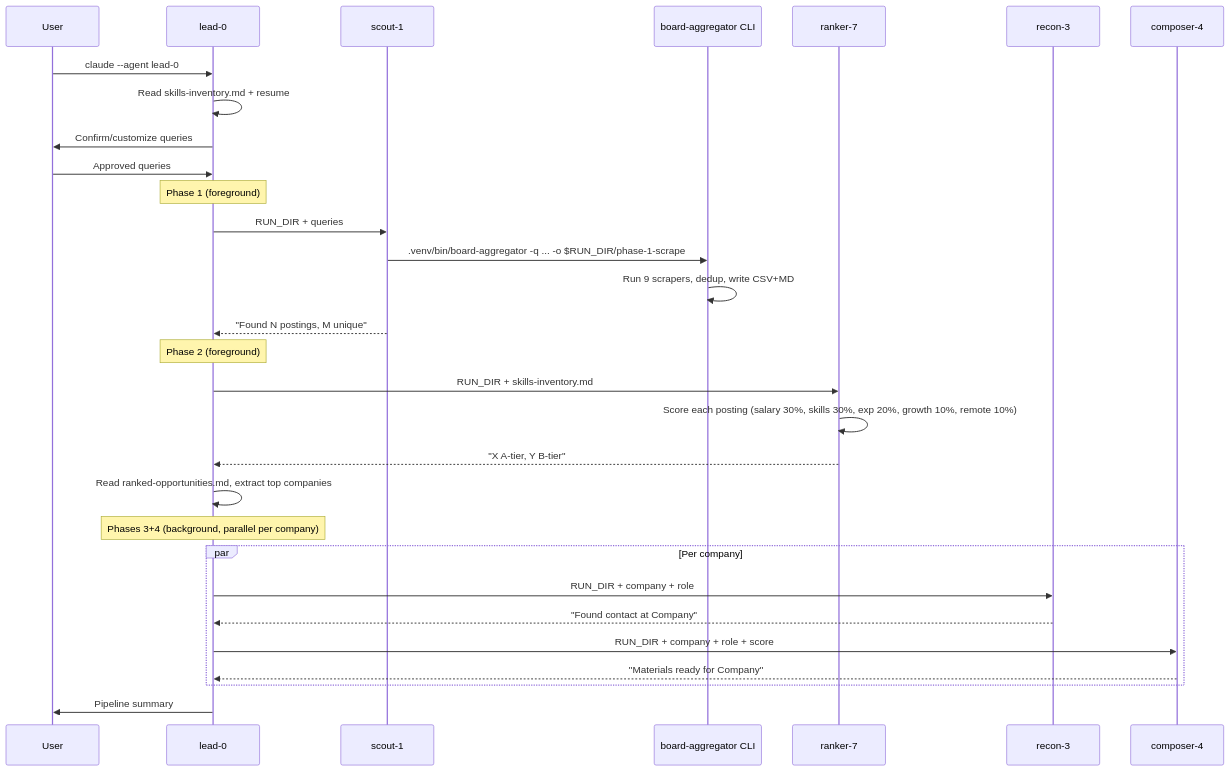
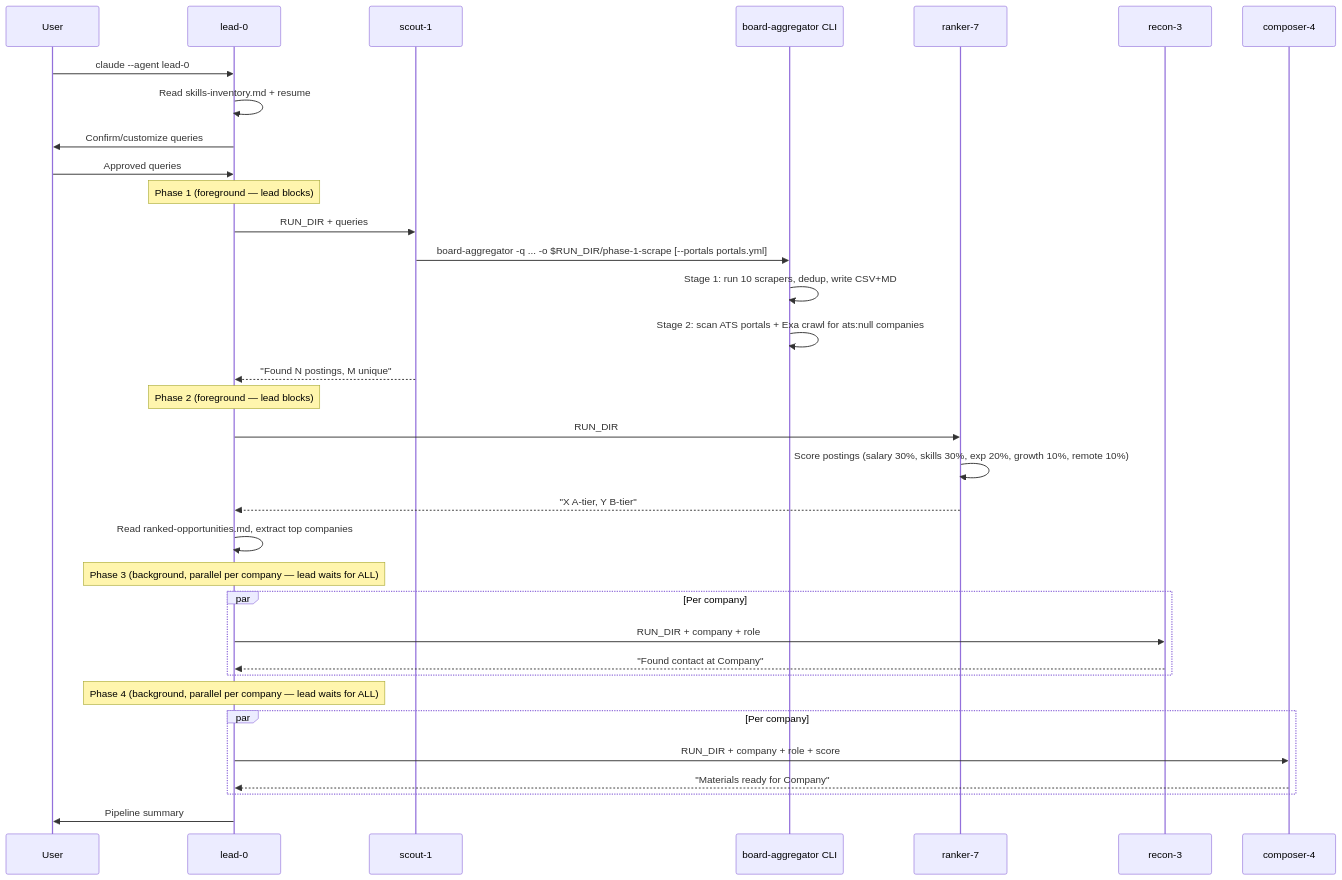
The second of 2 diagrams in docs/CODEBASE_MAP.md (0xquinto/agent-job-research), drawn with Mermaid before and after one commit. The commit also changed other lines of this file and 2 other files, not shown here.

````diff
--- a/docs/CODEBASE_MAP.md
+++ b/docs/CODEBASE_MAP.md
@@ -198,38 +327,42 @@
 ```mermaid
 sequenceDiagram
     participant User
     participant Lead as lead-0
     participant Scout as scout-1
     participant BA as board-aggregator CLI
     participant Ranker as ranker-7
     participant Recon as recon-3
     participant Composer as composer-4
 
     User->>Lead: claude --agent lead-0
     Lead->>Lead: Read skills-inventory.md + resume
     Lead->>User: Confirm/customize queries
     User->>Lead: Approved queries
 
-    Note over Lead: Phase 1 (foreground)
+    Note over Lead: Phase 1 (foreground — lead blocks)
     Lead->>Scout: RUN_DIR + queries
-    Scout->>BA: .venv/bin/board-aggregator -q ... -o $RUN_DIR/phase-1-scrape
-    BA->>BA: Run 9 scrapers, dedup, write CSV+MD
+    Scout->>BA: board-aggregator -q ... -o $RUN_DIR/phase-1-scrape [--portals portals.yml]
+    BA->>BA: Stage 1: run 10 scrapers, dedup, write CSV+MD
+    BA->>BA: Stage 2: scan ATS portals + Exa crawl for ats:null companies
     Scout-->>Lead: "Found N postings, M unique"
 
-    Note over Lead: Phase 2 (foreground)
-    Lead->>Ranker: RUN_DIR + skills-inventory.md
-    Ranker->>Ranker: Score each posting (salary 30%, skills 30%, exp 20%, growth 10%, remote 10%)
+    Note over Lead: Phase 2 (foreground — lead blocks)
+    Lead->>Ranker: RUN_DIR
+    Ranker->>Ranker: Score postings (salary 30%, skills 30%, exp 20%, growth 10%, remote 10%)
     Ranker-->>Lead: "X A-tier, Y B-tier"
-
     Lead->>Lead: Read ranked-opportunities.md, extract top companies
 
-    Note over Lead: Phases 3+4 (background, parallel per company)
+    Note over Lead: Phase 3 (background, parallel per company — lead waits for ALL)
     par Per company
         Lead->>Recon: RUN_DIR + company + role
         Recon-->>Lead: "Found contact at Company"
+    end
+
+    Note over Lead: Phase 4 (background, parallel per company — lead waits for ALL)
+    par Per company
         Lead->>Composer: RUN_DIR + company + role + score
         Composer-->>Lead: "Materials ready for Company"
     end
 
     Lead->>User: Pipeline summary
 ```
````
